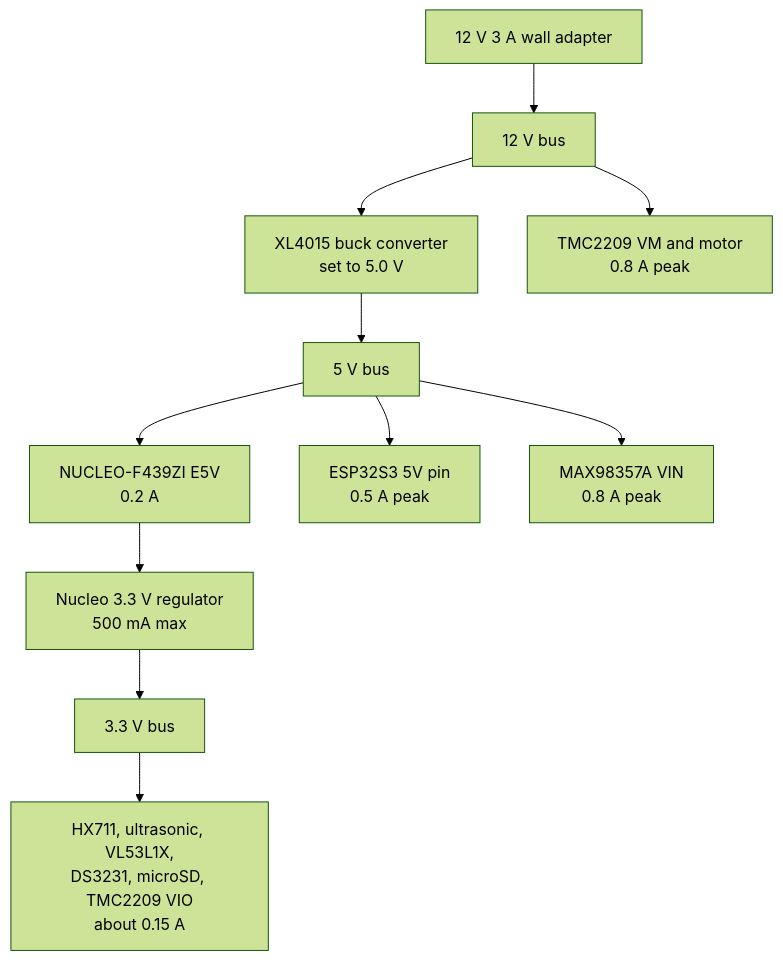
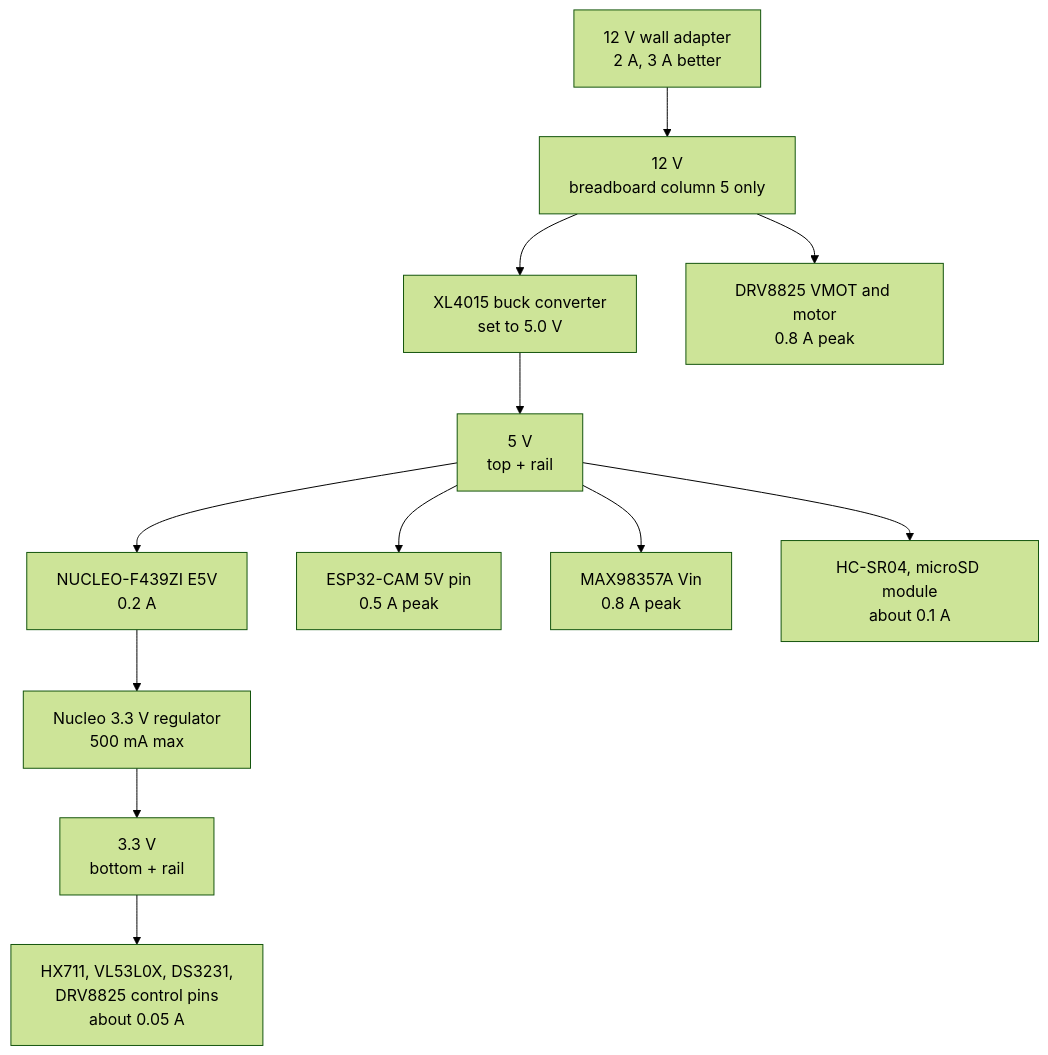
The third of 9 diagrams in hardware/02_system_architecture.md (sourcandy101/kibbly), drawn with Mermaid (forest theme) before and after one commit. The commit also changed other lines of this file and 13 other files, not shown here.

First line of the commit message:
Add circuit 5 (ESP32-CAM link) and update the architecture to the real parts

````diff
--- a/hardware/02_system_architecture.md
+++ b/hardware/02_system_architecture.md
@@ -173,23 +174,25 @@
 ```mermaid
 flowchart TB
-    AD["12 V 3 A wall adapter"]
-    BUS12["12 V bus"]
+    AD["12 V wall adapter<br/>2 A, 3 A better"]
+    BUS12["12 V<br/>breadboard column 5 only"]
     BK["XL4015 buck converter<br/>set to 5.0 V"]
-    BUS5["5 V bus"]
+    BUS5["5 V<br/>top + rail"]
     LDO["Nucleo 3.3 V regulator<br/>500 mA max"]
-    BUS3["3.3 V bus"]
+    BUS3["3.3 V<br/>bottom + rail"]
 
-    DRV["TMC2209 VM and motor<br/>0.8 A peak"]
+    DRV["DRV8825 VMOT and motor<br/>0.8 A peak"]
     NU["NUCLEO-F439ZI E5V<br/>0.2 A"]
-    ESP["ESP32S3 5V pin<br/>0.5 A peak"]
-    AMP["MAX98357A VIN<br/>0.8 A peak"]
-    S3["HX711, ultrasonic, VL53L1X,<br/>DS3231, microSD, TMC2209 VIO<br/>about 0.15 A"]
+    ESP["ESP32-CAM 5V pin<br/>0.5 A peak"]
+    AMP["MAX98357A Vin<br/>0.8 A peak"]
+    S5["HC-SR04, microSD module<br/>about 0.1 A"]
+    S3["HX711, VL53L0X, DS3231,<br/>DRV8825 control pins<br/>about 0.05 A"]
 
     AD --> BUS12
     BUS12 --> DRV
     BUS12 --> BK --> BUS5
     BUS5 --> NU
     BUS5 --> ESP
     BUS5 --> AMP
+    BUS5 --> S5
     NU --> LDO --> BUS3 --> S3
 ```
````
